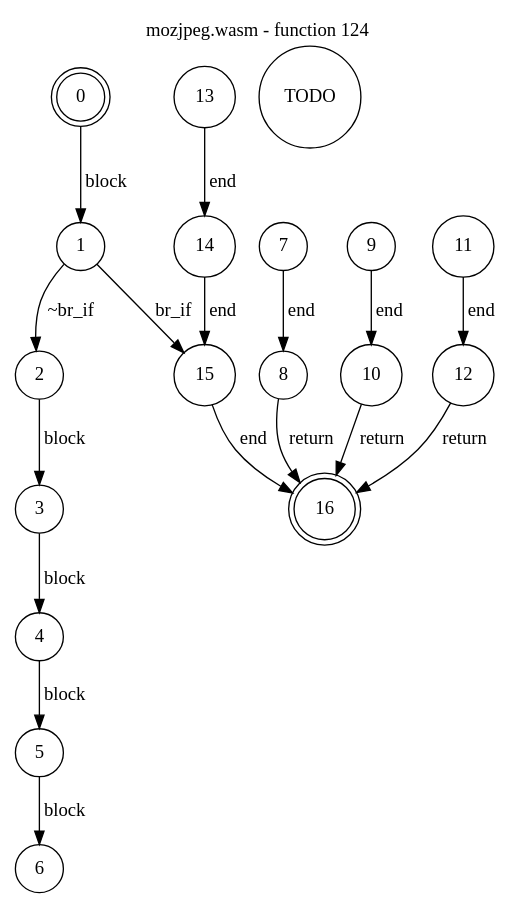
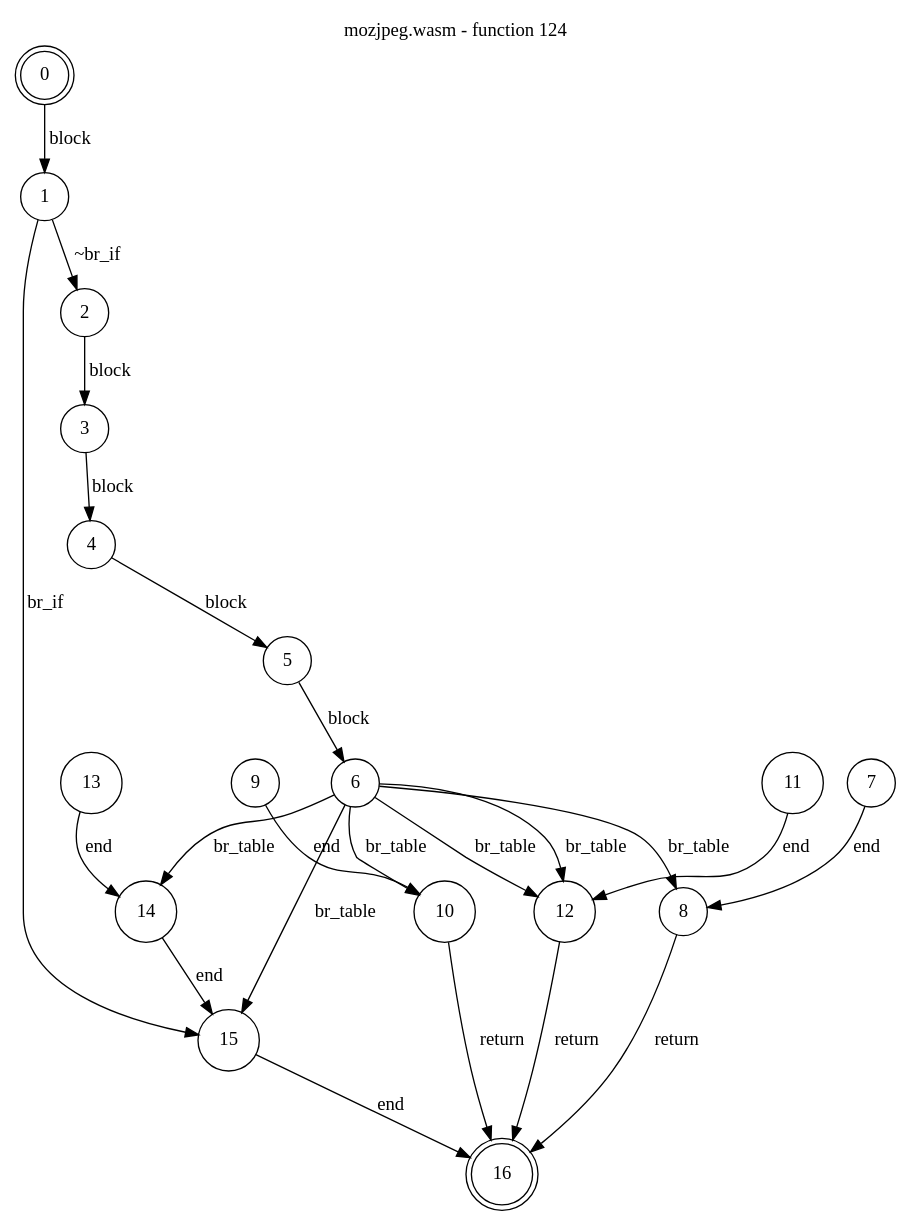
Before and after one commit to jsCarleton/wanalyze: the diagram in test_cases/mozjpeg/funcs/mozjpeg-func124.dot, drawn with Graphviz. The commit also changed 723 other files, not shown here.

Commit message:
br_table now implemented for flow graph

```diff
--- a/test_cases/mozjpeg/funcs/mozjpeg-func124.dot
+++ b/test_cases/mozjpeg/funcs/mozjpeg-func124.dot
@@ -1,26 +1,31 @@
 digraph finite_state_machine {
     label = "mozjpeg.wasm - function 124"
     labelloc =  t
     labelfontsize = 16
     labelfontcolor = black
     labelfontname = "Helvetica"
     node [shape = doublecircle]; 0 16;
     node [shape = circle];
     0 -> 1[label = "block"];
     1 -> 2[label = "~br_if"];
     1 -> 15[label = "br_if"];
     2 -> 3[label = "block"];
     3 -> 4[label = "block"];
     4 -> 5[label = "block"];
     5 -> 6[label = "block"];
-TODO
+    6 -> 14[label = "br_table"];
+    6 -> 15[label = "br_table"];
+    6 -> 12[label = "br_table"];
+    6 -> 12[label = "br_table"];
+    6 -> 10[label = "br_table"];
+    6 -> 8[label = "br_table"];
     7 -> 8[label = "end"];
     8 -> 16[label = "return"];
     9 -> 10[label = "end"];
     10 -> 16[label = "return"];
     11 -> 12[label = "end"];
     12 -> 16[label = "return"];
     13 -> 14[label = "end"];
     14 -> 15[label = "end"];
     15 -> 16[label = "end"];
 }
```
